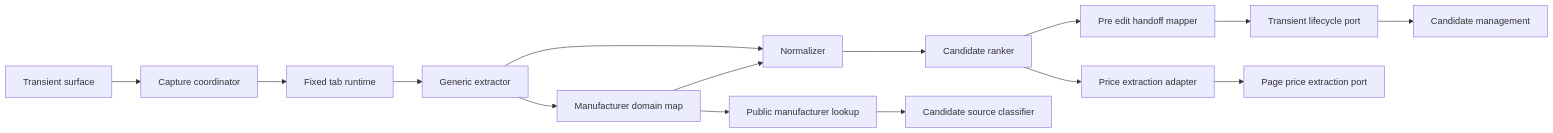
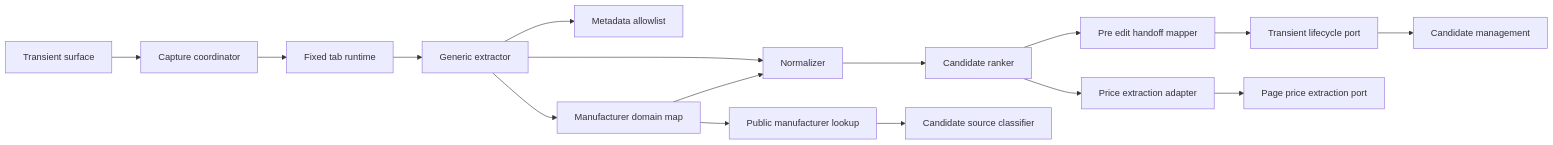
Before and after one commit to Huruikagi/pc-build-planner: the first of 3 diagrams in .kiro/specs/product-page-capture/design.md, drawn with Mermaid. The commit also changed other lines of this file and 4 other files, not shown here.

Commit message:
spec: refine product capture project context flow

````diff
--- a/.kiro/specs/product-page-capture/design.md
+++ b/.kiro/specs/product-page-capture/design.md
@@ -74,17 +79,18 @@
 ```mermaid
 graph LR
     Surface[Transient surface] --> Coordinator[Capture coordinator]
     Coordinator --> Runtime[Fixed tab runtime]
     Runtime --> Extractor[Generic extractor]
+    Extractor --> MetadataPolicy[Metadata allowlist]
     Extractor --> DomainMap[Manufacturer domain map]
     Extractor --> Normalizer[Normalizer]
     DomainMap --> Normalizer
     Normalizer --> Ranker[Candidate ranker]
     Ranker --> Handoff[Pre edit handoff mapper]
     Handoff --> Lifecycle[Transient lifecycle port]
     Lifecycle --> Candidates[Candidate management]
     Ranker --> PriceAdapter[Price extraction adapter]
     PriceAdapter --> PricePort[Page price extraction port]
     DomainMap --> DomainLookup[Public manufacturer lookup]
     DomainLookup --> SourceClassifier[Candidate source classifier]
 ```
````
